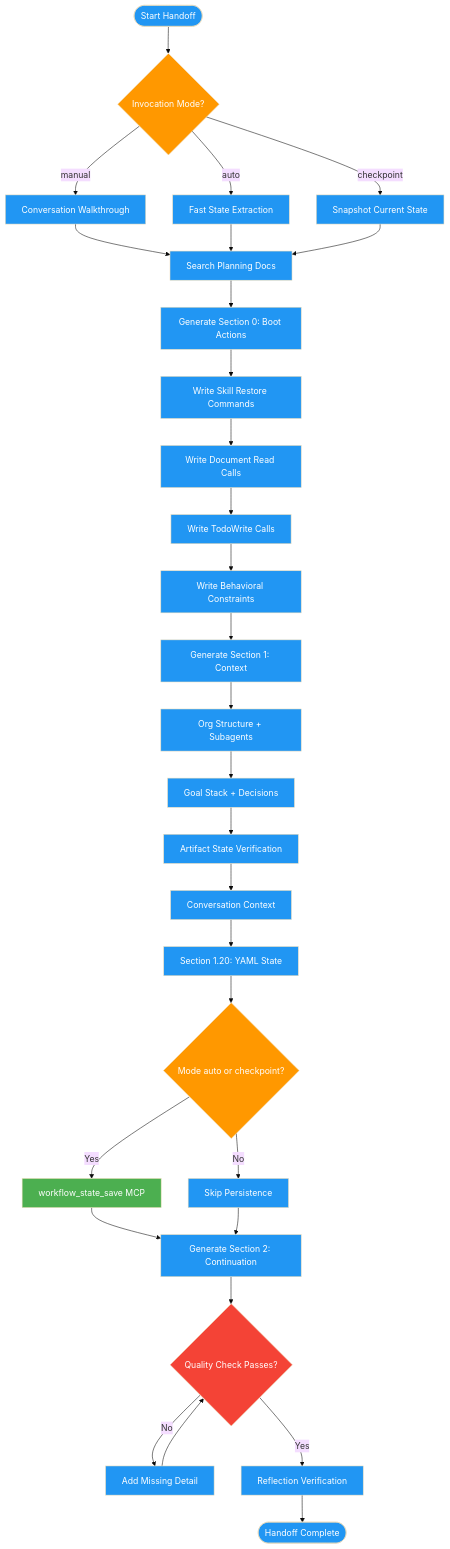
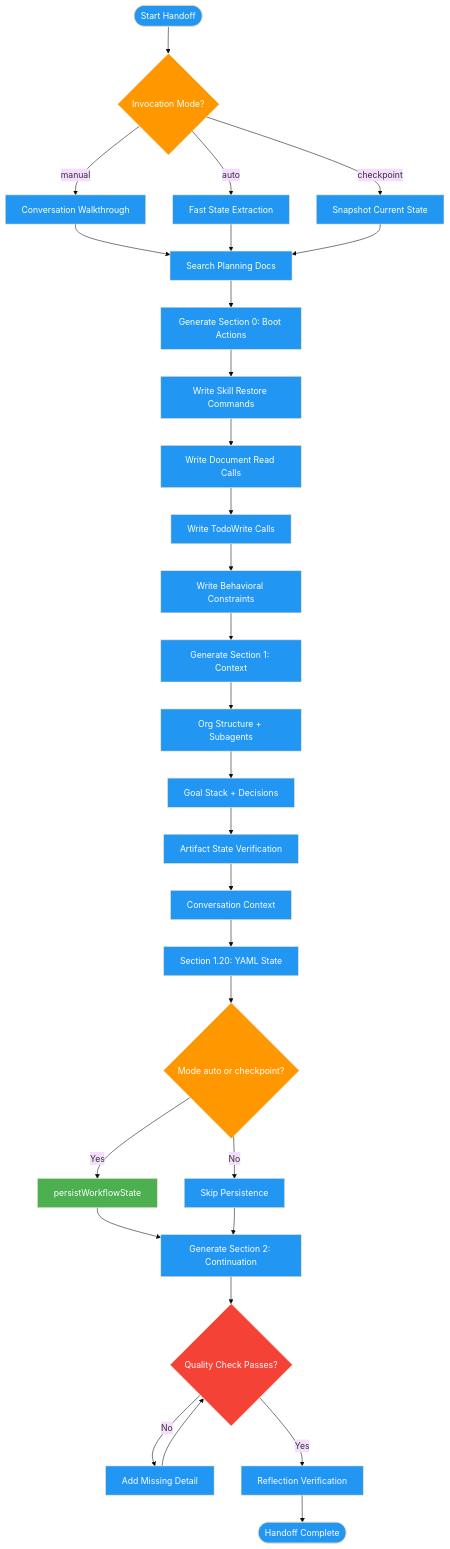
One commit to axiomantic/spellbook changed the diagram in docs/commands/handoff.md. Above: the diagram before and after it, drawn with Mermaid (base theme). The commit also changed 29 other files, not shown here.

````diff
--- a/docs/commands/handoff.md
+++ b/docs/commands/handoff.md
@@ -7,65 +7,65 @@
 ```mermaid
 flowchart TD
     Start([Start Handoff]) --> DetectMode{Invocation Mode?}
 
     DetectMode -->|manual| AnalysisWalk[Conversation Walkthrough]
     DetectMode -->|auto| FastExtract[Fast State Extraction]
     DetectMode -->|checkpoint| SnapshotState[Snapshot Current State]
 
     AnalysisWalk --> SearchPlans[Search Planning Docs]
     FastExtract --> SearchPlans
     SnapshotState --> SearchPlans
 
     SearchPlans --> GenSection0[Generate Section 0: Boot Actions]
     GenSection0 --> GenSkillRestore[Write Skill Restore Commands]
     GenSkillRestore --> GenDocReads[Write Document Read Calls]
     GenDocReads --> GenTodoRestore[Write TodoWrite Calls]
     GenTodoRestore --> GenConstraints[Write Behavioral Constraints]
 
     GenConstraints --> GenSection1[Generate Section 1: Context]
     GenSection1 --> OrgStructure[Org Structure + Subagents]
     OrgStructure --> GoalStack[Goal Stack + Decisions]
     GoalStack --> ArtifactState[Artifact State Verification]
     ArtifactState --> ConversationCtx[Conversation Context]
     ConversationCtx --> MachineYAML[Section 1.20: YAML State]
 
     MachineYAML --> PersistCheck{Mode auto or checkpoint?}
-    PersistCheck -->|Yes| MCPSave[workflow_state_save MCP]
+    PersistCheck -->|Yes| MCPSave[persistWorkflowState]
     PersistCheck -->|No| SkipPersist[Skip Persistence]
 
     MCPSave --> GenSection2[Generate Section 2: Continuation]
     SkipPersist --> GenSection2
 
     GenSection2 --> QualityGate{Quality Check Passes?}
     QualityGate -->|No| FixGaps[Add Missing Detail]
     FixGaps --> QualityGate
     QualityGate -->|Yes| Reflection[Reflection Verification]
 
     Reflection --> Done([Handoff Complete])
 
     style Start fill:#2196F3,color:#fff
     style Done fill:#2196F3,color:#fff
     style DetectMode fill:#FF9800,color:#fff
     style PersistCheck fill:#FF9800,color:#fff
     style QualityGate fill:#f44336,color:#fff
     style MCPSave fill:#4CAF50,color:#fff
     style AnalysisWalk fill:#2196F3,color:#fff
     style FastExtract fill:#2196F3,color:#fff
     style SnapshotState fill:#2196F3,color:#fff
     style SearchPlans fill:#2196F3,color:#fff
     style GenSection0 fill:#2196F3,color:#fff
     style GenSkillRestore fill:#2196F3,color:#fff
     style GenDocReads fill:#2196F3,color:#fff
     style GenTodoRestore fill:#2196F3,color:#fff
     style GenConstraints fill:#2196F3,color:#fff
     style GenSection1 fill:#2196F3,color:#fff
     style OrgStructure fill:#2196F3,color:#fff
     style GoalStack fill:#2196F3,color:#fff
     style ArtifactState fill:#2196F3,color:#fff
     style ConversationCtx fill:#2196F3,color:#fff
     style MachineYAML fill:#2196F3,color:#fff
     style SkipPersist fill:#2196F3,color:#fff
     style GenSection2 fill:#2196F3,color:#fff
     style Reflection fill:#2196F3,color:#fff
     style FixGaps fill:#2196F3,color:#fff
 ```
````
